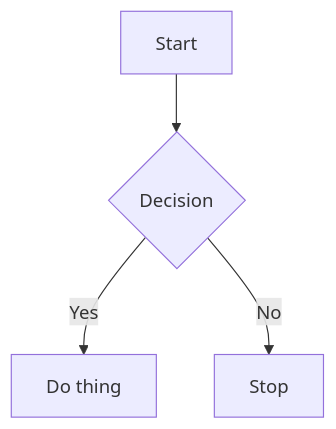
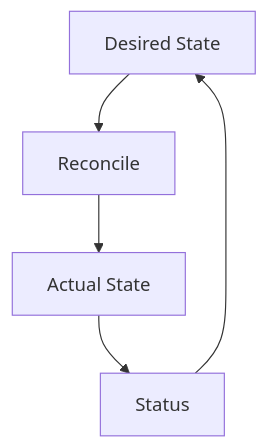
One commit to schmiddim/reveal-js-boilerplate changed the diagram in slides.md. Above: the diagram before and after it, drawn with Mermaid. The commit also changed other lines of this file and 3 other files, not shown here.

```diff
--- a/slides.md
+++ b/slides.md
@@ -18,6 +45,7 @@
 <div class="mermaid">
 graph TD;
-  A[Start] --> B{Decision};
-  B -->|Yes| C[Do thing];
-  B -->|No| D[Stop];
-</div>
+  DS[Desired State] --> RL[Reconcile];
+  RL --> AS[Actual State];
+  AS --> ST[Status];
+  ST --> DS;
+</diV>
```
